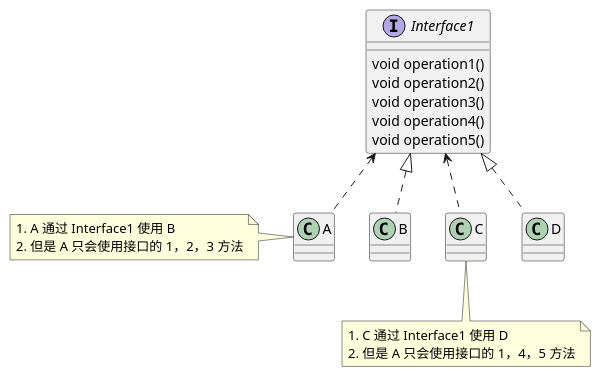
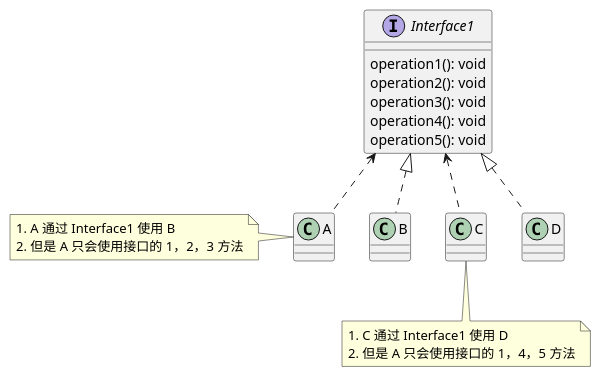
Before and after one commit to Mor1aty/DesignPattern: the diagram in src/com/moriaty/principle/segregation/newfile.puml, drawn with PlantUML. The commit also changed 45 other files, not shown here.

Commit message:
七大原则、uml done

```diff
--- a/src/com/moriaty/principle/segregation/newfile.puml
+++ b/src/com/moriaty/principle/segregation/newfile.puml
@@ -1,32 +1,32 @@
 @startuml
 'https://plantuml.com/class-diagram
 
 interface Interface1 {
-    void operation1()
-    void operation2()
-    void operation3()
-    void operation4()
-    void operation5()
+    operation1(): void
+    operation2(): void
+    operation3(): void
+    operation4(): void
+    operation5(): void
 }
 
 class A {
 }
 note left of A: 1. A 通过 Interface1 使用 B\n2. 但是 A 只会使用接口的 1，2，3 方法
 class B {
 }
 
 class C {
 }
 note bottom of C: 1. C 通过 Interface1 使用 D\n2. 但是 A 只会使用接口的 1，4，5 方法
 class D {
 }
 
 Interface1 <|.. B
 Interface1 <|.. D
 
 Interface1 <.. A
 Interface1 <.. C
 
 
 
 @enduml
```
